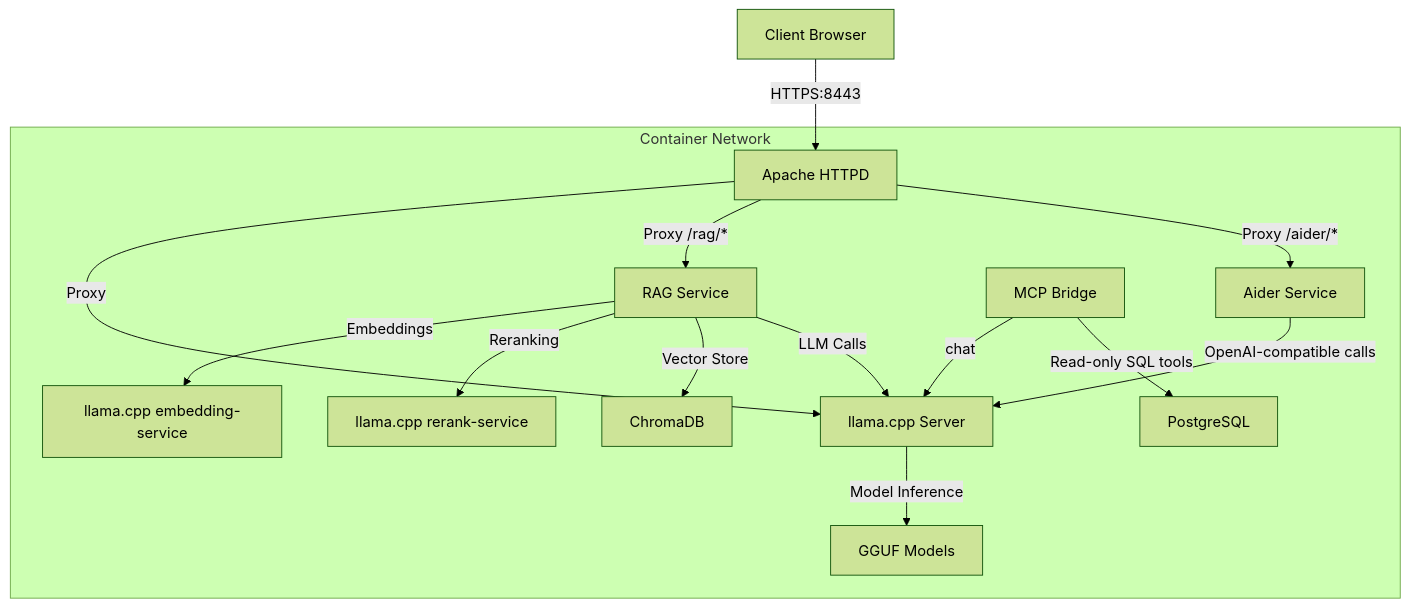
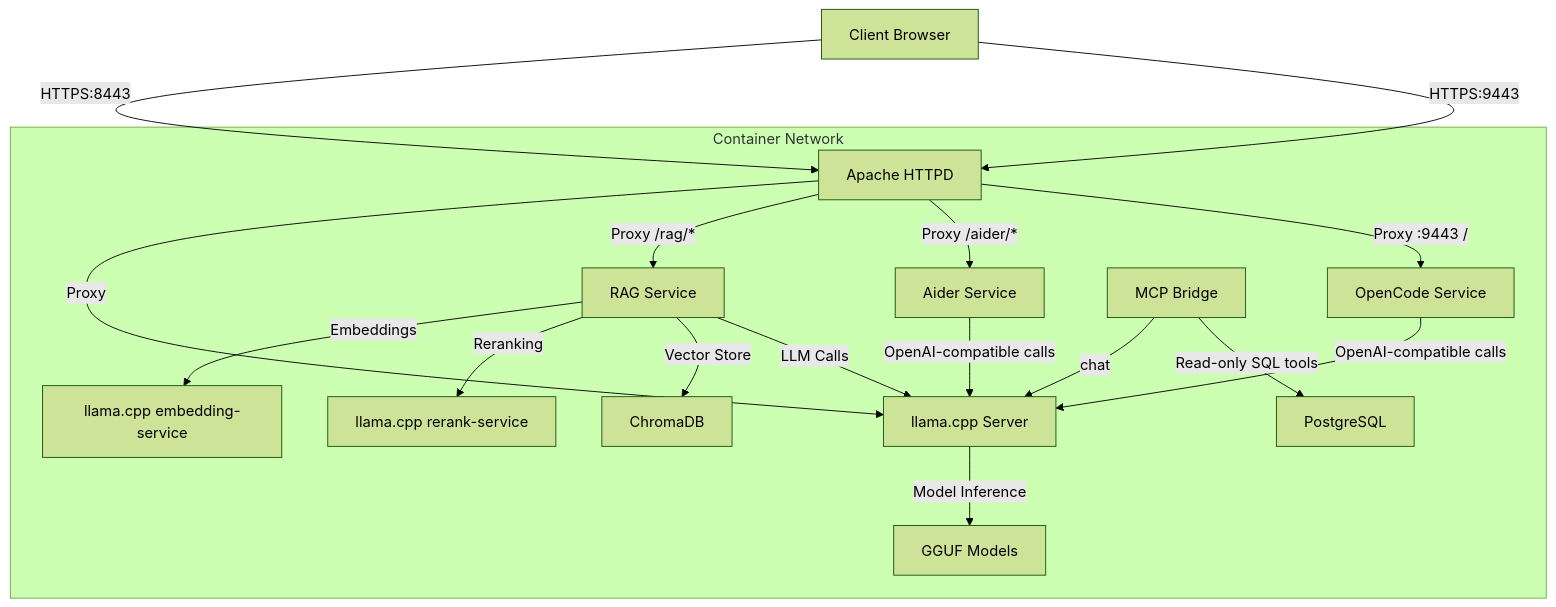
The diagram in README.md (hills-i/llama-cpp-podman), drawn with Mermaid (forest theme) before and after one commit. The commit also changed other lines of this file and 7 other files, not shown here.

Commit message:
feat: Add OpenCode service with web UI, update configurations, and enhance monitoring script

````diff
--- a/README.md
+++ b/README.md
@@ -92,28 +95,32 @@
 ```mermaid
 graph TB
     A[Client Browser] -->|HTTPS:8443| B[Apache HTTPD]
+    A -->|HTTPS:9443| B
     B -->|Proxy| C[llama.cpp Server]
     B -->|Proxy /rag/*| D[RAG Service]
     B -->|Proxy /aider/*| K[Aider Service]
+    B -->|Proxy :9443 /| L[OpenCode Service]
     C -->|Model Inference| E[GGUF Models]
     D -->|Embeddings| F[llama.cpp embedding-service]
     D -->|Reranking| G[llama.cpp rerank-service]
     D -->|Vector Store| H[ChromaDB]
     D -->|LLM Calls| C
     J[MCP Bridge] -->|chat| C
     J -->|Read-only SQL tools| I[PostgreSQL]
     K -->|OpenAI-compatible calls| C
+    L -->|OpenAI-compatible calls| C
     
     subgraph "Container Network"
         B
         C
         D
         E
         F
         G
         H
         I
         J
         K
+        L
     end
 ```
````
